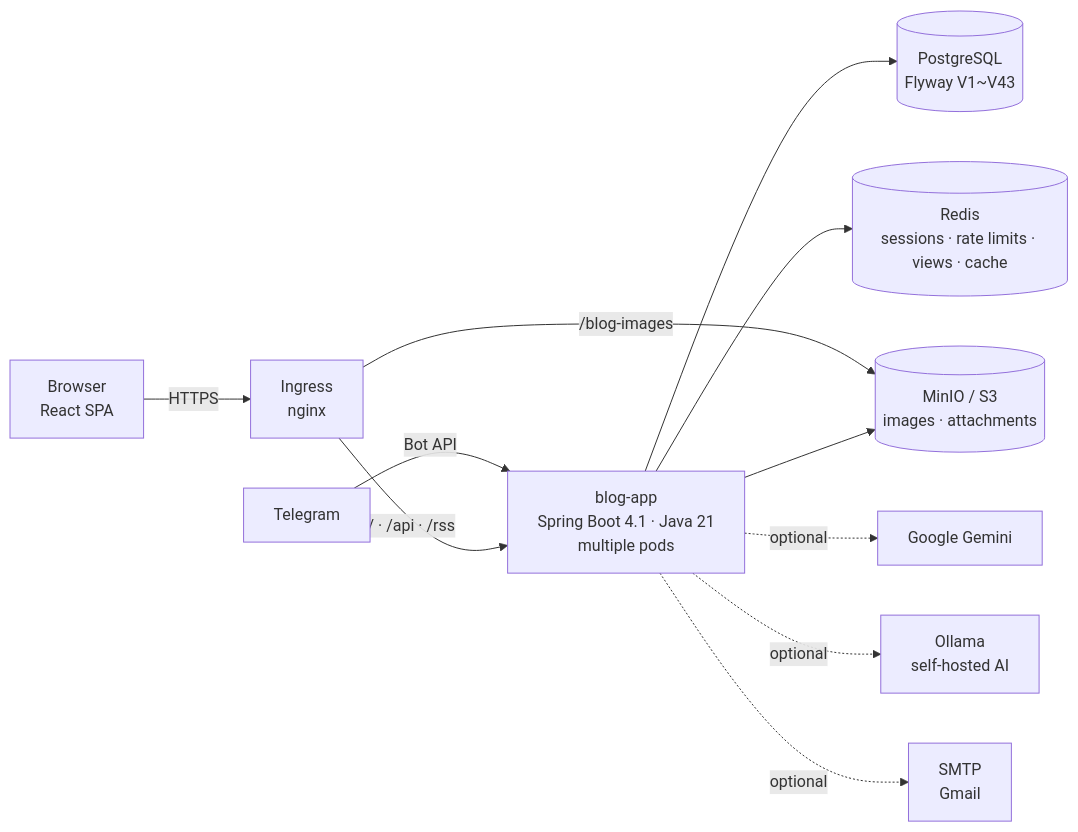
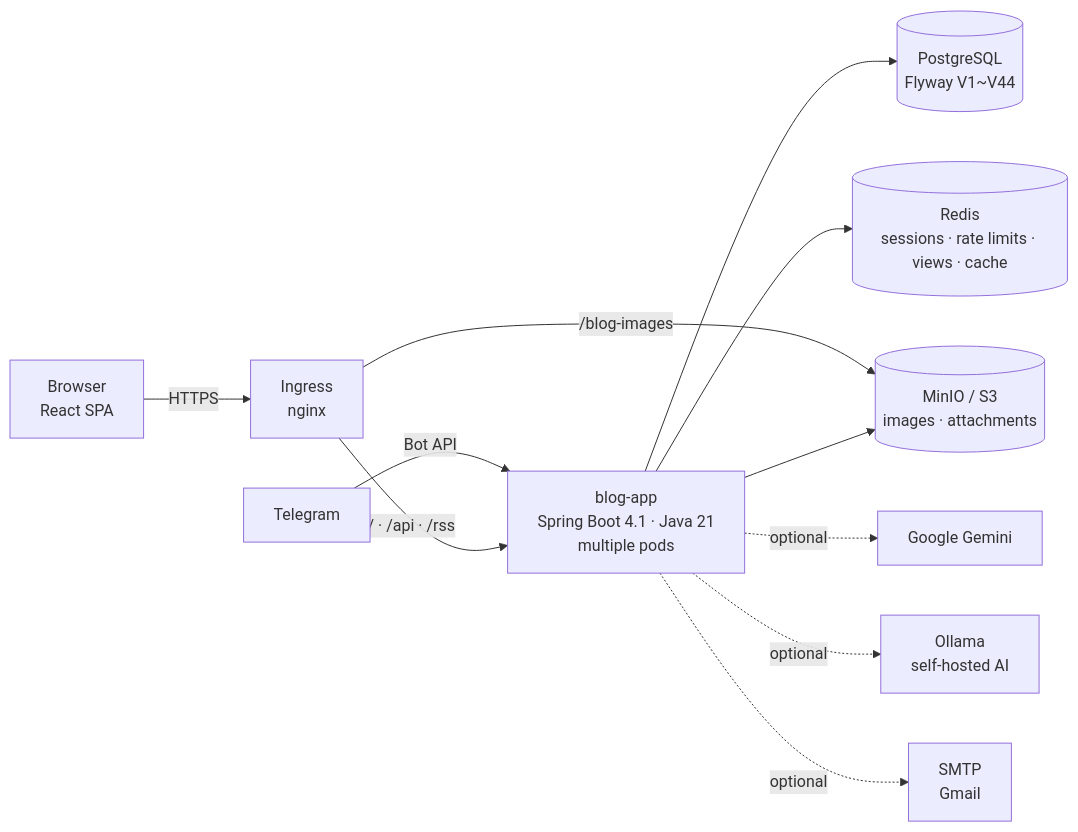
The first of 3 diagrams in README.en.md (AIGJ-01-002-blog/devlog), drawn with Mermaid before and after one commit. The commit also changed other lines of this file and 7 other files, not shown here.

````diff
--- a/README.en.md
+++ b/README.en.md
@@ -151,13 +151,13 @@
 ```mermaid
 flowchart LR
     B[Browser<br/>React SPA] -->|HTTPS| I[Ingress<br/>nginx]
     T[Telegram] -->|Bot API| A
     I -->|/ · /api · /rss| A[blog-app<br/>Spring Boot 4.1 · Java 21<br/>multiple pods]
     I -->|/blog-images| M[(MinIO / S3<br/>images · attachments)]
-    A --> P[(PostgreSQL<br/>Flyway V1~V43)]
+    A --> P[(PostgreSQL<br/>Flyway V1~V44)]
     A --> R[(Redis<br/>sessions · rate limits · views · cache)]
     A --> M
     A -.optional.-> G[Google Gemini]
     A -.optional.-> O[Ollama<br/>self-hosted AI]
     A -.optional.-> S[SMTP<br/>Gmail]
 ```
````
